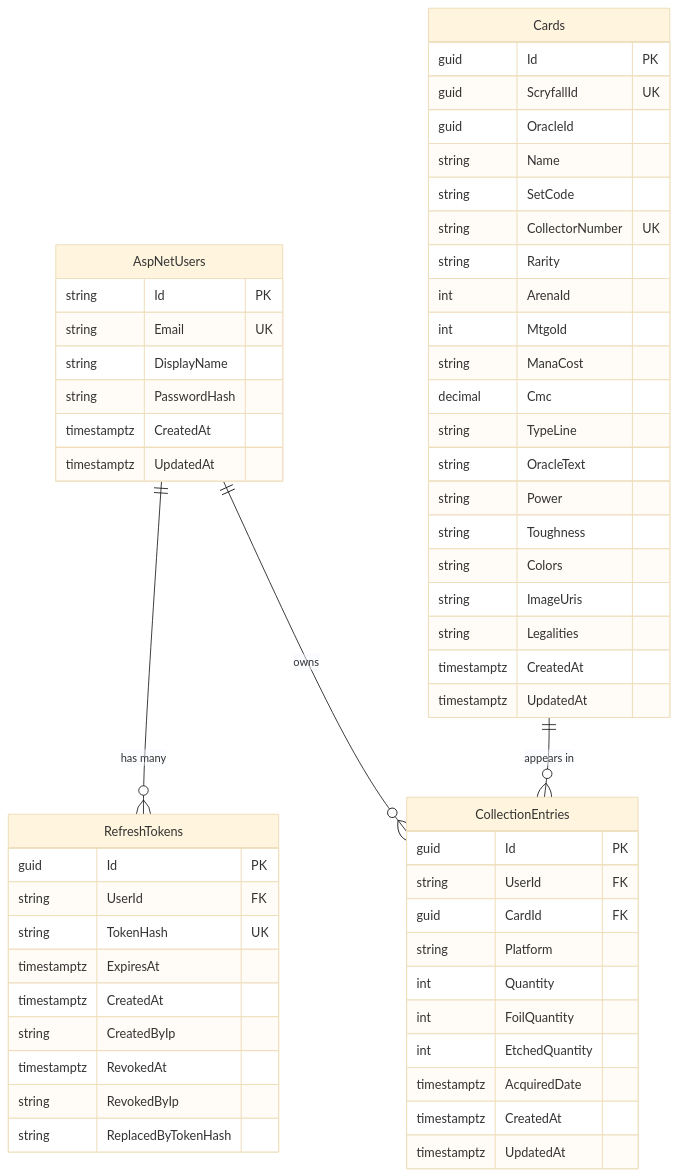
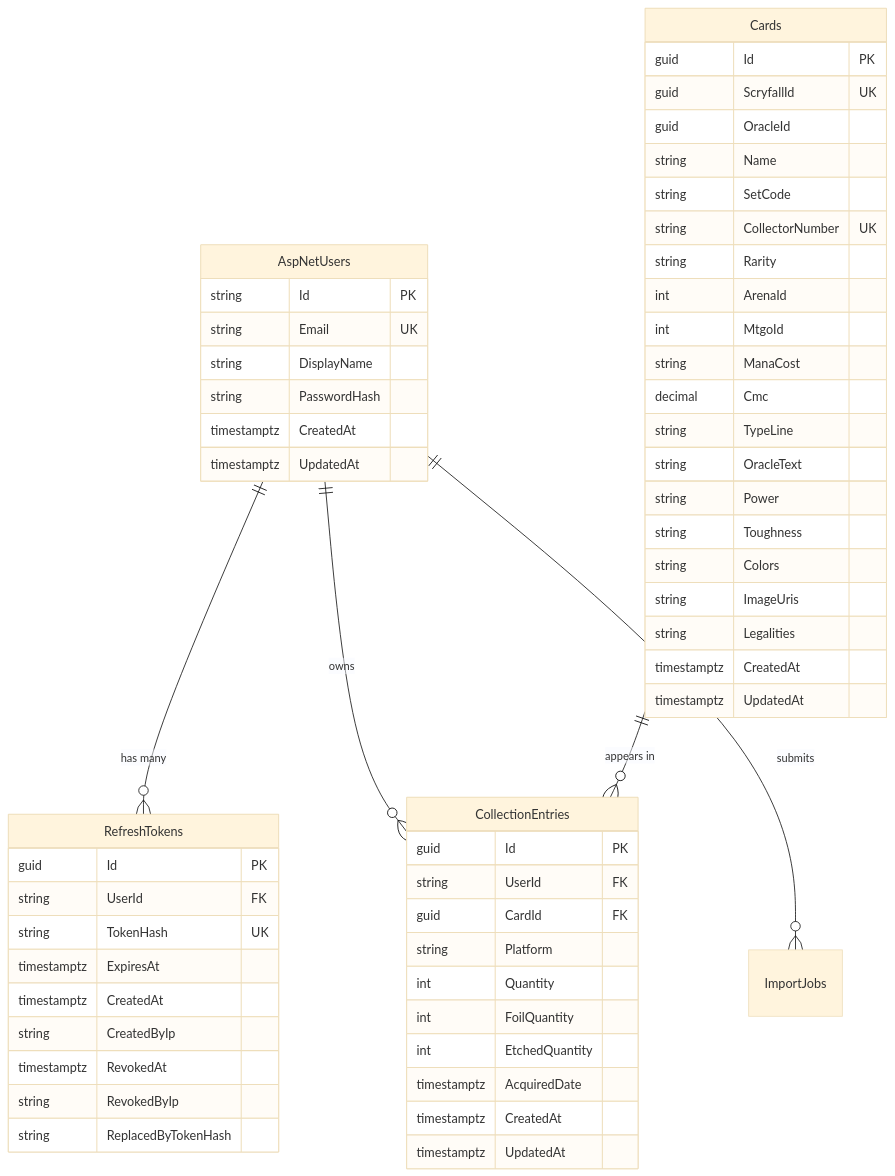
One commit to Datyedyeguy/mtg-collection-tracker changed the diagram in docs/DATABASE.md. Above: the diagram before and after it, drawn with Mermaid (base theme). The commit also changed other lines of this file and 30 other files, not shown here.

````diff
--- a/docs/DATABASE.md
+++ b/docs/DATABASE.md
@@ -13,63 +13,64 @@
 ```mermaid
 erDiagram
     AspNetUsers ||--o{ RefreshTokens : "has many"
     AspNetUsers ||--o{ CollectionEntries : "owns"
+    AspNetUsers ||--o{ ImportJobs : "submits"
     Cards ||--o{ CollectionEntries : "appears in"
 
     AspNetUsers {
         string Id PK
         string Email UK
         string DisplayName
         string PasswordHash
         timestamptz CreatedAt
         timestamptz UpdatedAt
     }
 
     RefreshTokens {
         guid Id PK
         string UserId FK
         string TokenHash UK
         timestamptz ExpiresAt
         timestamptz CreatedAt
         string CreatedByIp
         timestamptz RevokedAt
         string RevokedByIp
         string ReplacedByTokenHash
     }
 
     Cards {
         guid Id PK
         guid ScryfallId UK
         guid OracleId
         string Name
         string SetCode
         string CollectorNumber UK
         string Rarity
         int ArenaId
         int MtgoId
         string ManaCost
         decimal Cmc
         string TypeLine
         string OracleText
         string Power
         string Toughness
         string Colors
         string ImageUris
         string Legalities
         timestamptz CreatedAt
         timestamptz UpdatedAt
     }
 
     CollectionEntries {
         guid Id PK
         string UserId FK
         guid CardId FK
         string Platform
         int Quantity
         int FoilQuantity
         int EtchedQuantity
         timestamptz AcquiredDate
         timestamptz CreatedAt
         timestamptz UpdatedAt
     }
 ```
````
